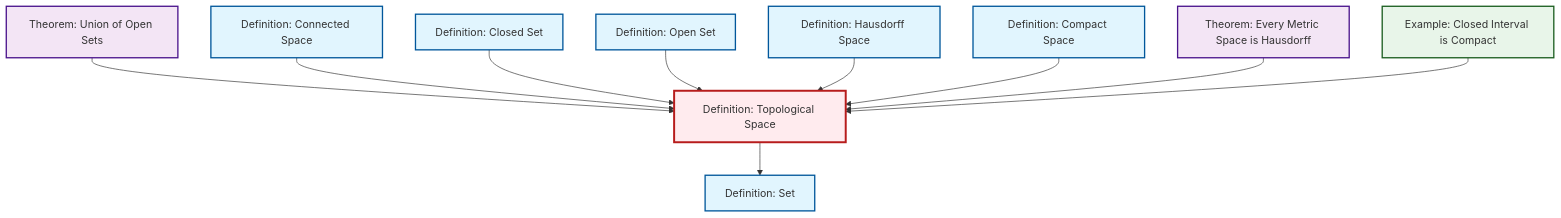
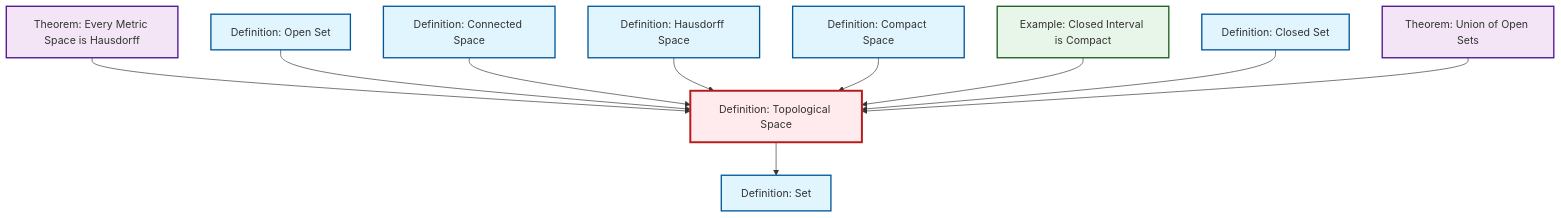
The diagram in content/en/topology/def-topological-space.qmd (RK0429/ModernMath), drawn with Mermaid before and after one commit. The commit also changed other lines of this file and 434 other files, not shown here.

````diff
--- a/content/en/topology/def-topological-space.qmd
+++ b/content/en/topology/def-topological-space.qmd
@@ -59,38 +59,38 @@
 ```{mermaid}
 %%| fig-cap: "Local dependency graph"
 graph TD
     classDef definition fill:#e1f5fe,stroke:#01579b,stroke-width:2px
     classDef theorem fill:#f3e5f5,stroke:#4a148c,stroke-width:2px
     classDef axiom fill:#fff3e0,stroke:#e65100,stroke-width:2px
     classDef example fill:#e8f5e9,stroke:#1b5e20,stroke-width:2px
     classDef current fill:#ffebee,stroke:#b71c1c,stroke-width:3px
     def-topological-space["Definition: Topological Space"]:::definition
+    def-set["Definition: Set"]:::definition
+    def-closed-set["Definition: Closed Set"]:::definition
+    ex-closed-interval-compact["Example: Closed Interval is Compact"]:::example
     thm-union-open-sets["Theorem: Union of Open Sets"]:::theorem
+    def-connected["Definition: Connected Space"]:::definition
+    def-open-set["Definition: Open Set"]:::definition
     def-hausdorff["Definition: Hausdorff Space"]:::definition
+    thm-metric-hausdorff["Theorem: Every Metric Space is Hausdorff"]:::theorem
     def-compact["Definition: Compact Space"]:::definition
-    ex-closed-interval-compact["Example: Closed Interval is Compact"]:::example
-    def-open-set["Definition: Open Set"]:::definition
-    thm-metric-hausdorff["Theorem: Every Metric Space is Hausdorff"]:::theorem
-    def-connected["Definition: Connected Space"]:::definition
-    def-closed-set["Definition: Closed Set"]:::definition
-    def-set["Definition: Set"]:::definition
-    thm-union-open-sets --> def-topological-space
-    def-topological-space --> def-set
+    thm-metric-hausdorff --> def-topological-space
+    def-open-set --> def-topological-space
     def-connected --> def-topological-space
-    def-closed-set --> def-topological-space
-    def-open-set --> def-topological-space
     def-hausdorff --> def-topological-space
     def-compact --> def-topological-space
-    thm-metric-hausdorff --> def-topological-space
     ex-closed-interval-compact --> def-topological-space
+    def-topological-space --> def-set
+    def-closed-set --> def-topological-space
+    thm-union-open-sets --> def-topological-space
     class def-topological-space current
+    click def-set "def-set.html" "Go to Set definition"
+    click def-closed-set "def-closed-set.html" "Go to Closed Set definition"
+    click ex-closed-interval-compact "ex-closed-interval-compact.html" "Go to Closed Interval is Compact example"
     click thm-union-open-sets "thm-union-open-sets.html" "Go to Union of Open Sets theorem"
+    click def-connected "def-connected.html" "Go to Connected Space definition"
+    click def-open-set "def-open-set.html" "Go to Open Set definition"
     click def-hausdorff "def-hausdorff.html" "Go to Hausdorff Space definition"
+    click thm-metric-hausdorff "thm-metric-hausdorff.html" "Go to Every Metric Space is Hausdorff theorem"
     click def-compact "def-compact.html" "Go to Compact Space definition"
-    click ex-closed-interval-compact "ex-closed-interval-compact.html" "Go to Closed Interval is Compact example"
-    click def-open-set "def-open-set.html" "Go to Open Set definition"
-    click thm-metric-hausdorff "thm-metric-hausdorff.html" "Go to Every Metric Space is Hausdorff theorem"
-    click def-connected "def-connected.html" "Go to Connected Space definition"
-    click def-closed-set "def-closed-set.html" "Go to Closed Set definition"
-    click def-set "def-set.html" "Go to Set definition"
 ```
````
